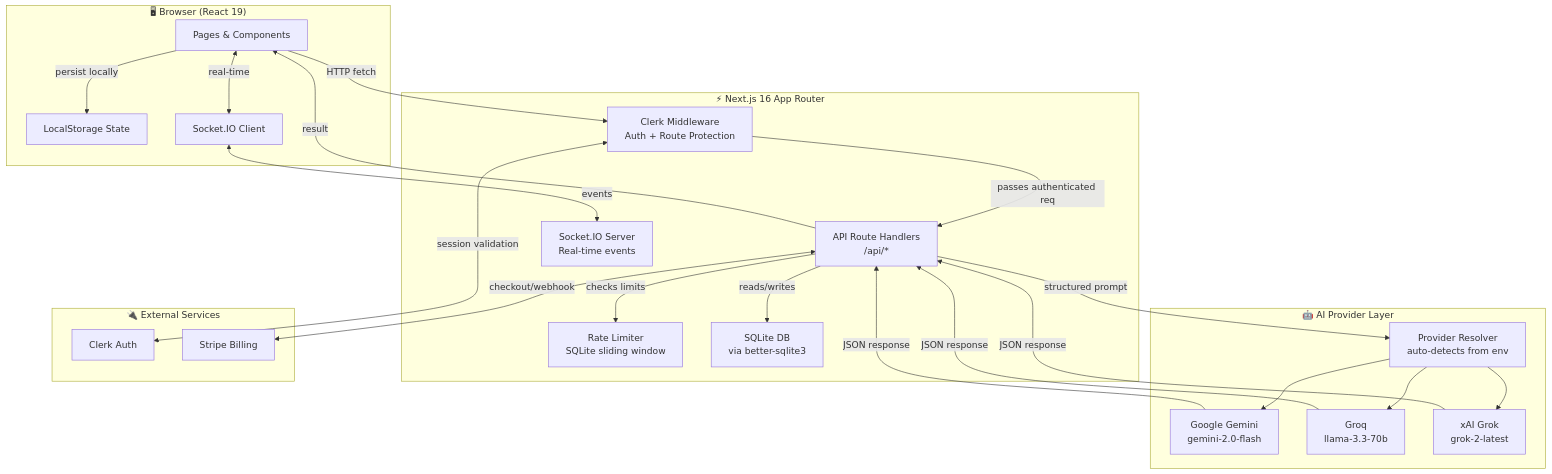
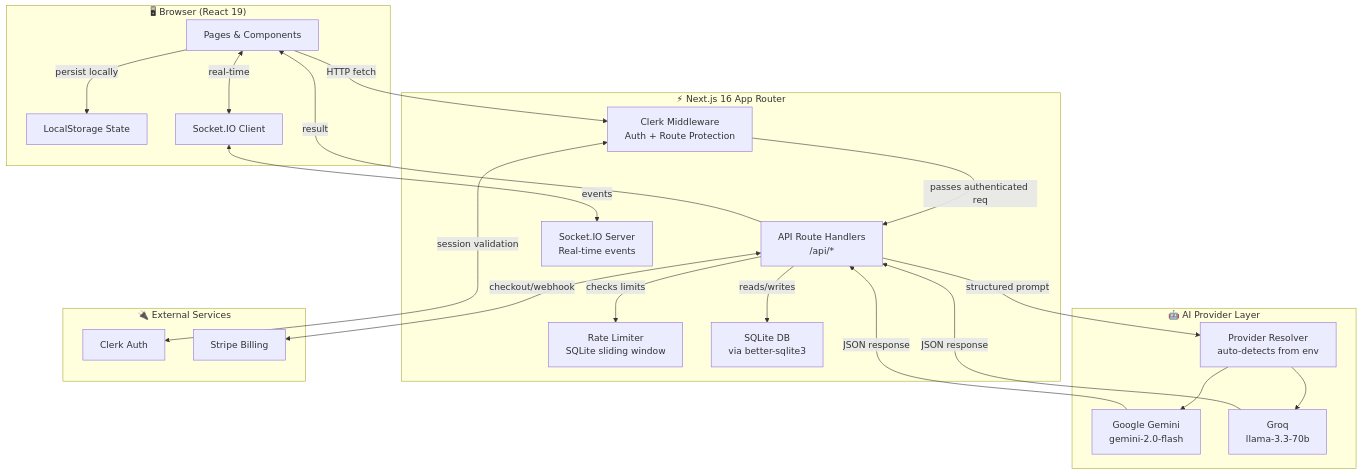
Before and after one commit to RISHIE2006/Signl: the first of 7 diagrams in README.md, drawn with Mermaid. The commit also changed other lines of this file, not shown here.

````diff
--- a/README.md
+++ b/README.md
@@ -140,44 +139,42 @@
 ```mermaid
 graph TB
     subgraph Client["🖥 Browser (React 19)"]
         UI[Pages & Components]
         Store[LocalStorage State]
         Socket[Socket.IO Client]
     end
 
     subgraph Server["⚡ Next.js 16 App Router"]
         MW[Clerk Middleware\nAuth + Route Protection]
         API[API Route Handlers\n/api/*]
         RL[Rate Limiter\nSQLite sliding window]
         DB[SQLite DB\nvia better-sqlite3]
         SIO[Socket.IO Server\nReal-time events]
     end
 
     subgraph AI["🤖 AI Provider Layer"]
         Resolver[Provider Resolver\nauto-detects from env]
         Gemini[Google Gemini\ngemini-2.0-flash]
         Groq[Groq\nllama-3.3-70b]
-        XAI[xAI Grok\ngrok-2-latest]
     end
 
     subgraph External["🔌 External Services"]
         Clerk[Clerk Auth]
         Stripe[Stripe Billing]
     end
 
     UI -->|HTTP fetch| MW
     MW -->|passes authenticated req| API
     API -->|checks limits| RL
     API -->|reads/writes| DB
     API -->|structured prompt| Resolver
     Resolver --> Gemini
     Resolver --> Groq
-    Resolver --> XAI
-    Gemini & Groq & XAI -->|JSON response| API
+    Gemini & Groq -->|JSON response| API
     API -->|result| UI
     UI <-->|real-time| Socket
     Socket <-->|events| SIO
     MW <-->|session validation| Clerk
     API <-->|checkout/webhook| Stripe
     UI -->|persist locally| Store
 ```
````
